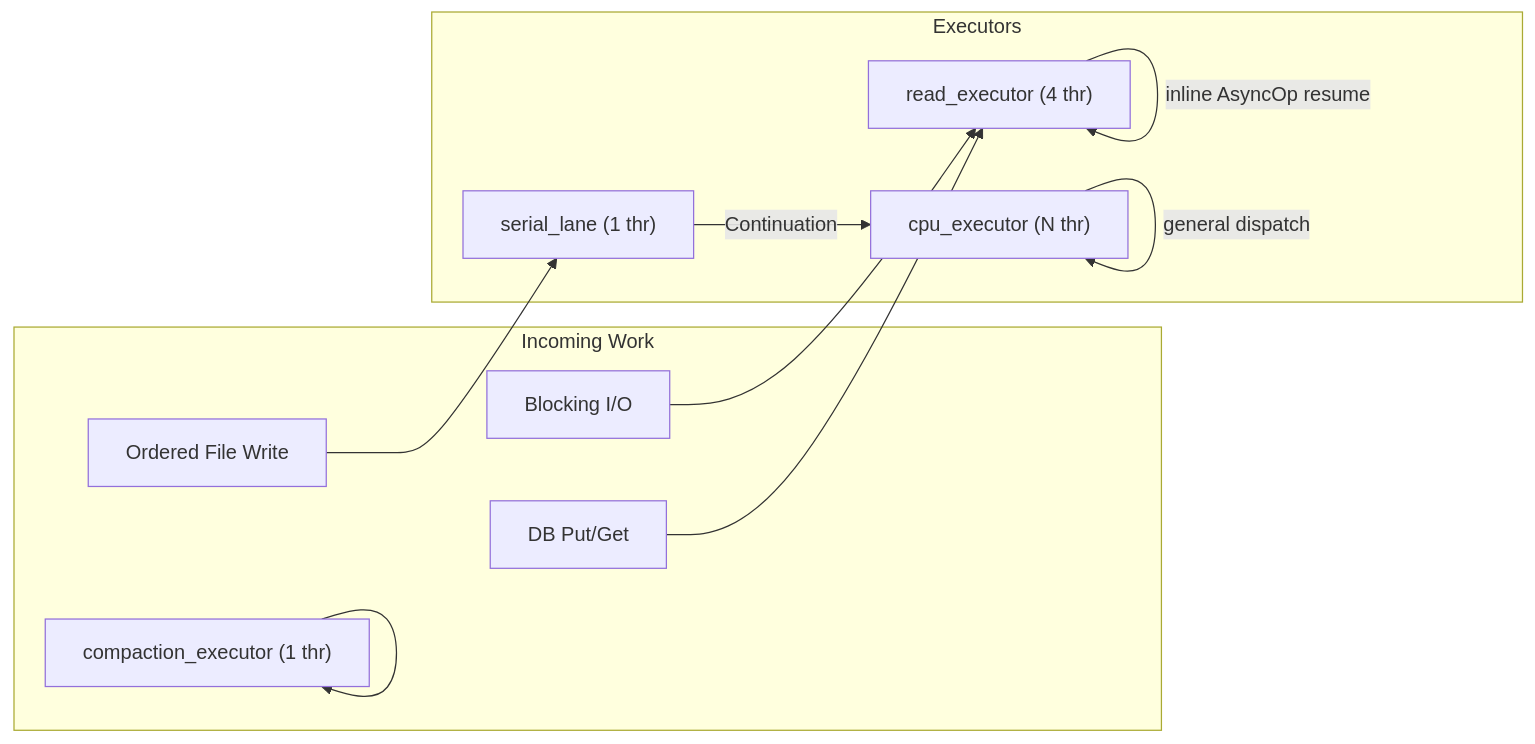
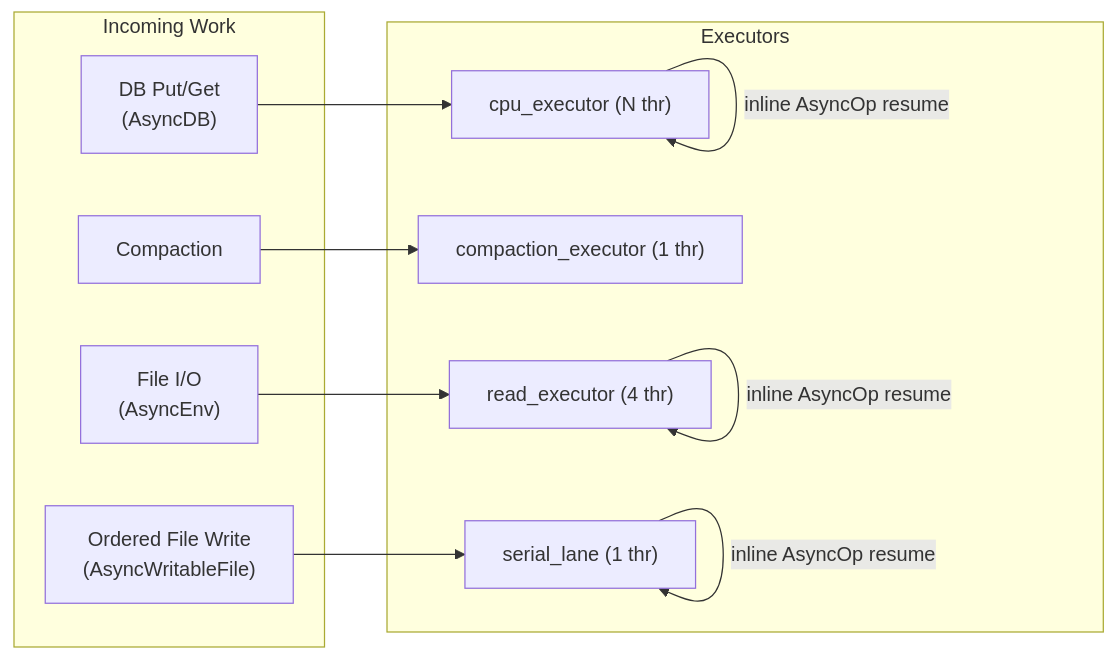
The third of 5 diagrams in docs/coroutine_api_design.md (puji4810/Prism), drawn with Mermaid before and after one commit. The commit also changed other lines of this file and 4 other files, not shown here.

````diff
--- a/docs/coroutine_api_design.md
+++ b/docs/coroutine_api_design.md
@@ -76,25 +76,25 @@
 ```mermaid
 graph LR
     subgraph Work["Incoming Work"]
-        COMP["Compaction"]
-        IO["Blocking I/O"]
-        DB["DB Put/Get"]
-        WRITE["Ordered File Write"]
+        COMPACTION["Compaction"]
+        IO["File I/O<br/>(AsyncEnv)"]
+        DB["DB Put/Get<br/>(AsyncDB)"]
+        WRITE["Ordered File Write<br/>(AsyncWritableFile)"]
     end
 
     subgraph Execs["Executors"]
         READ["read_executor (4 thr)"]
         COMP["compaction_executor (1 thr)"]
         CPU["cpu_executor (N thr)"]
         SER["serial_lane (1 thr)"]
     end
 
-    COMP --> COMP
+    COMPACTION --> COMP
     IO --> READ
-    DB --> READ
+    DB --> CPU
     WRITE --> SER
 
+    CPU -->|"inline AsyncOp resume"| CPU
     READ -->|"inline AsyncOp resume"| READ
-    SER -->|"Continuation"| CPU
-    CPU -->|"general dispatch"| CPU
+    SER -->|"inline AsyncOp resume"| SER
 ```
````
